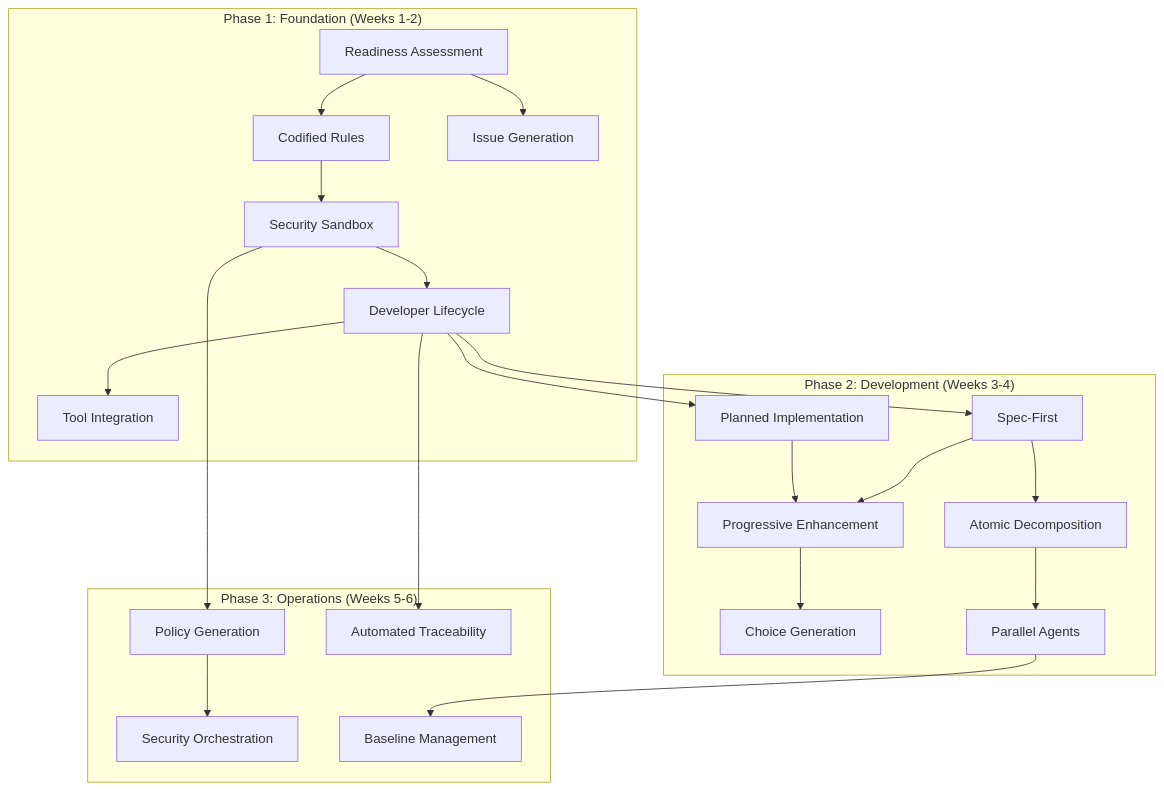
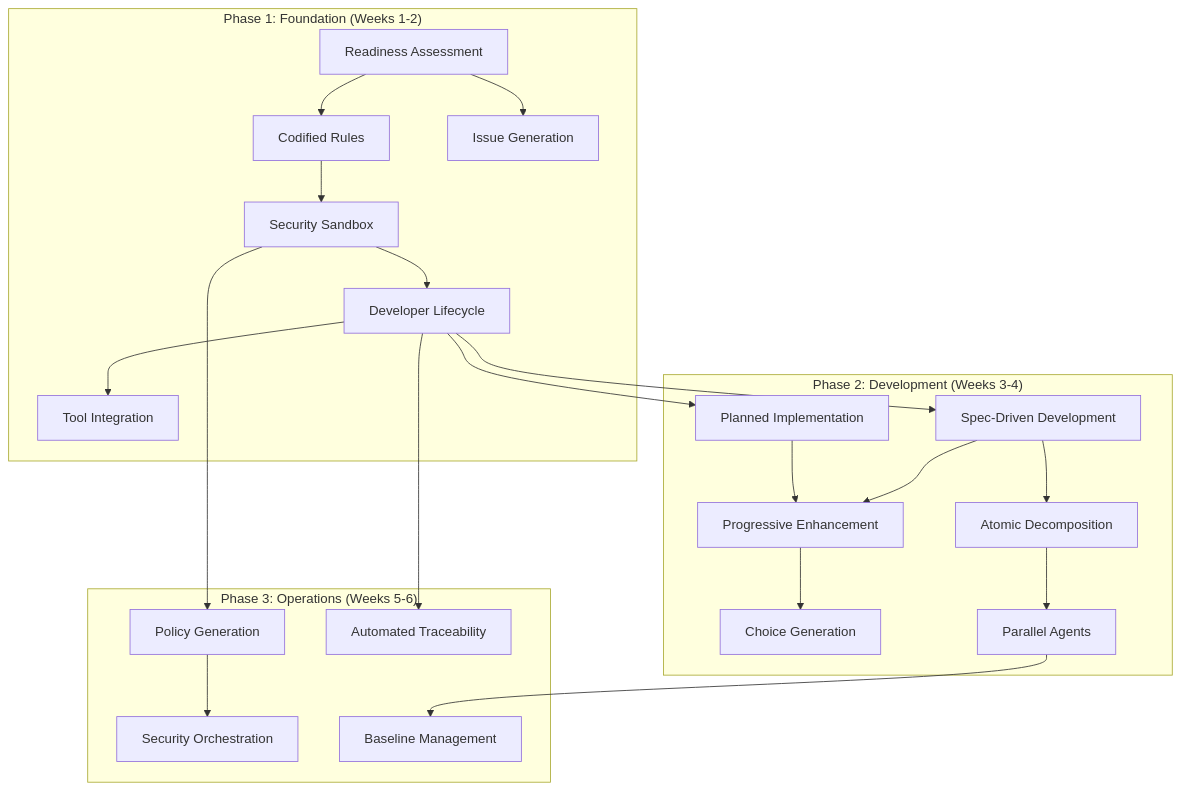
Before and after one commit to PaulDuvall/ai-development-patterns: the first of 12 diagrams in README.md, drawn with Mermaid. The commit also changed other lines of this file and 16 other files, not shown here.

First line of the commit message:
refactor: rename Spec-First to Spec-Driven Development

````diff
--- a/README.md
+++ b/README.md
@@ -25,27 +25,27 @@
 ```mermaid
 graph TD
     subgraph "Phase 1: Foundation (Weeks 1-2)"
         A[Readiness Assessment] --> B[Codified Rules]
         B --> C[Security Sandbox]
         C --> D[Developer Lifecycle]
         A --> E[Issue Generation]
         D --> F[Tool Integration]
     end
 
     subgraph "Phase 2: Development (Weeks 3-4)"
-        D --> G[Spec-First]
+        D --> G[Spec-Driven Development]
         D --> H[Planned Implementation]
         G --> I[Progressive Enhancement]
         H --> I
         I --> J[Choice Generation]
         G --> K[Atomic Decomposition]
         K --> L[Parallel Agents]
     end
 
     subgraph "Phase 3: Operations (Weeks 5-6)"
         C --> M[Policy Generation]
         M --> N[Security Orchestration]
         L --> O[Baseline Management]
         D --> P[Automated Traceability]
     end
 ```
````
